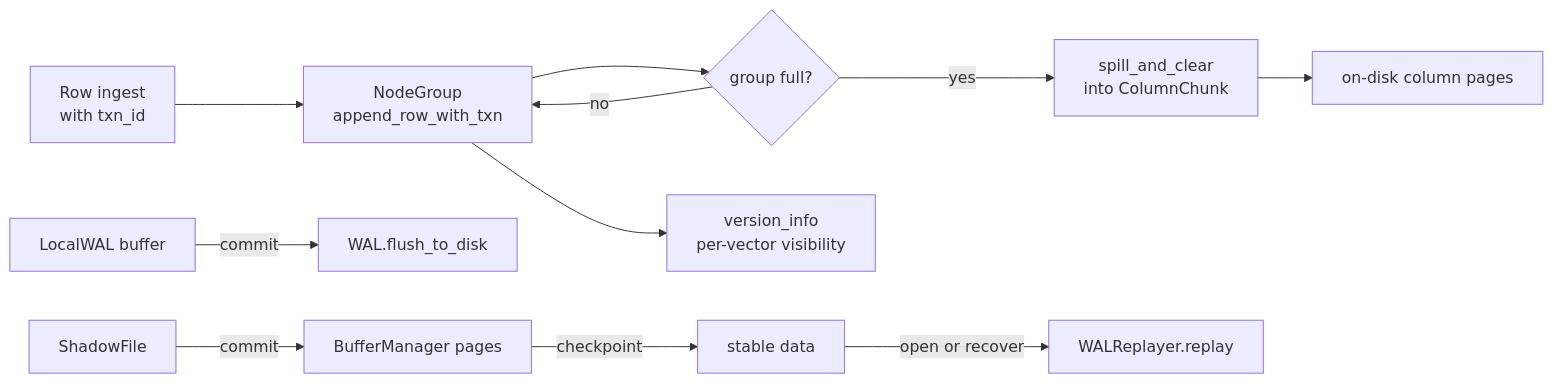
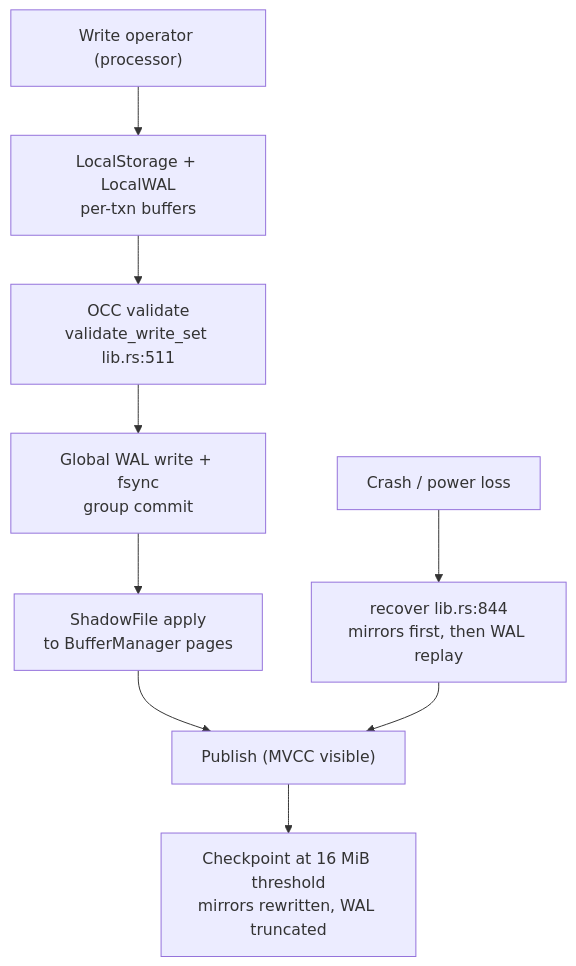
The diagram in .terrain/human/4.Deep-Exploration/storage.md (mlengse/akar), drawn with Mermaid before and after one commit. The commit also changed other lines of this file and 29 other files, not shown here.

````diff
--- a/.terrain/human/4.Deep-Exploration/storage.md
+++ b/.terrain/human/4.Deep-Exploration/storage.md
@@ -45,13 +48,11 @@
 ```mermaid
-flowchart LR
-    A["Row ingest<br/>with txn_id"] --> B["NodeGroup<br/>append_row_with_txn"]
-    B --> C{"group full?"}
-    C -->|no| B
-    C -->|yes| D["spill_and_clear<br/>into ColumnChunk"]
-    B --> E["version_info<br/>per-vector visibility"]
-    D --> F["on-disk column pages"]
-    G["LocalWAL buffer"] -->|commit| H["WAL.flush_to_disk"]
-    I["ShadowFile"] -->|commit| J["BufferManager pages"]
-    J -->|checkpoint| K["stable data"]
-    K -->|open or recover| L["WALReplayer.replay"]
+flowchart TD
+    A["Write operator (processor)"] --> B["LocalStorage + LocalWAL<br/>per-txn buffers"]
+    B --> C["OCC validate<br/>validate_write_set lib.rs:511"]
+    C --> D["Global WAL write + fsync<br/>group commit"]
+    D --> E["ShadowFile apply<br/>to BufferManager pages"]
+    E --> F["Publish (MVCC visible)"]
+    F --> G["Checkpoint at 16 MiB threshold<br/>mirrors rewritten, WAL truncated"]
+    H["Crash / power loss"] --> I["recover lib.rs:844<br/>mirrors first, then WAL replay"]
+    I --> F
 ```
````
